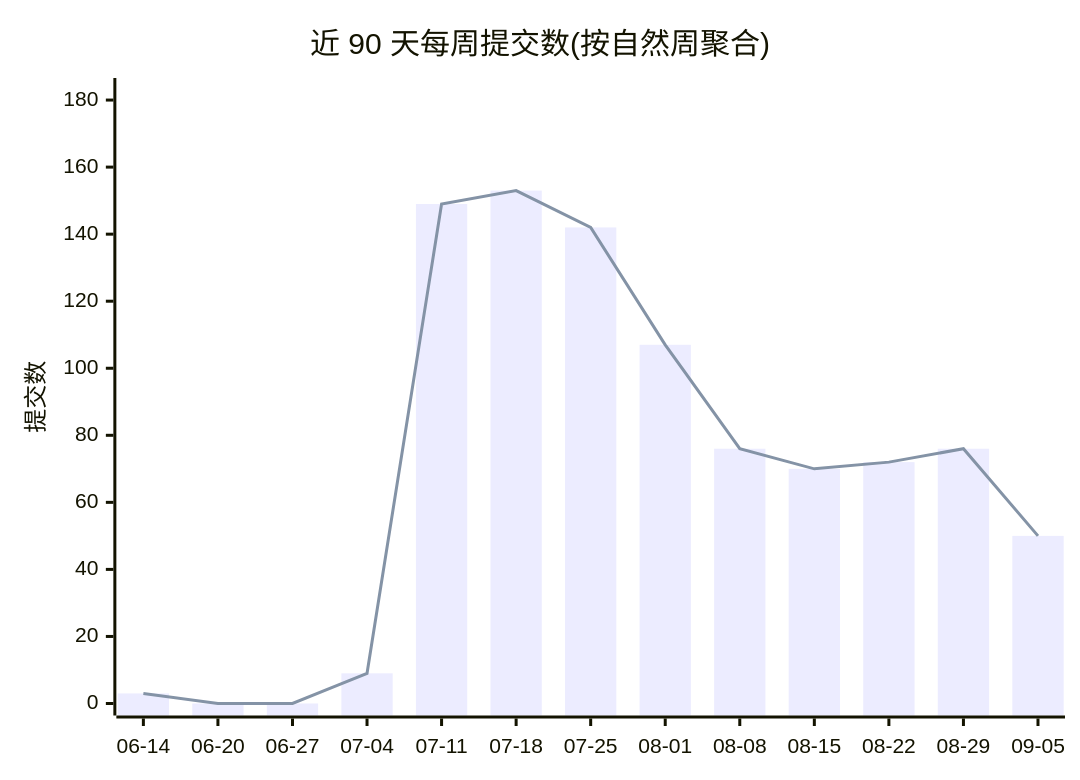
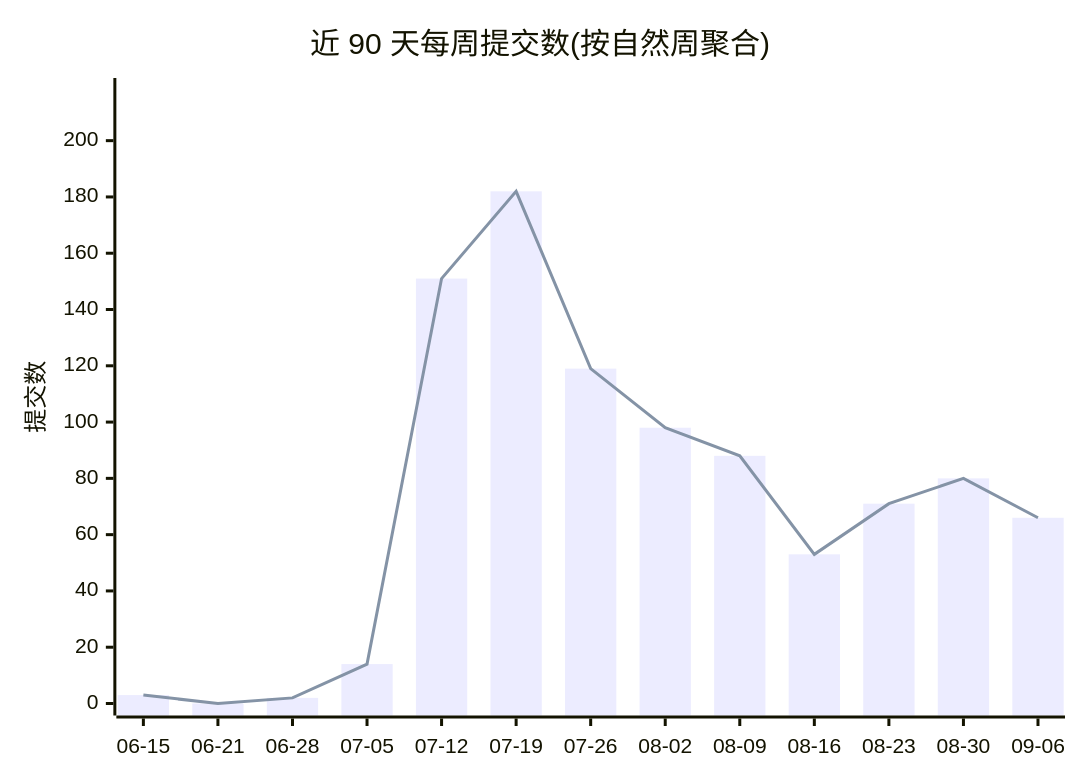
Before and after one commit to Conflux-Union/.github: the first of 2 diagrams in profile/README.md, drawn with Mermaid. The commit also changed other lines of this file and 1 other file, not shown here.

````diff
--- a/profile/README.md
+++ b/profile/README.md
@@ -44,8 +44,8 @@
 ```mermaid
 xychart-beta
     title "近 90 天每周提交数(按自然周聚合)"
-    x-axis ["06-14", "06-20", "06-27", "07-04", "07-11", "07-18", "07-25", "08-01", "08-08", "08-15", "08-22", "08-29", "09-05"]
-    y-axis "提交数" 0 --> 183
-    bar [3, 0, 0, 9, 149, 153, 142, 107, 76, 70, 72, 76, 50]
-    line [3, 0, 0, 9, 149, 153, 142, 107, 76, 70, 72, 76, 50]
+    x-axis ["06-15", "06-21", "06-28", "07-05", "07-12", "07-19", "07-26", "08-02", "08-09", "08-16", "08-23", "08-30", "09-06"]
+    y-axis "提交数" 0 --> 218
+    bar [3, 0, 2, 14, 151, 182, 119, 98, 88, 53, 71, 80, 66]
+    line [3, 0, 2, 14, 151, 182, 119, 98, 88, 53, 71, 80, 66]
 ```
````
